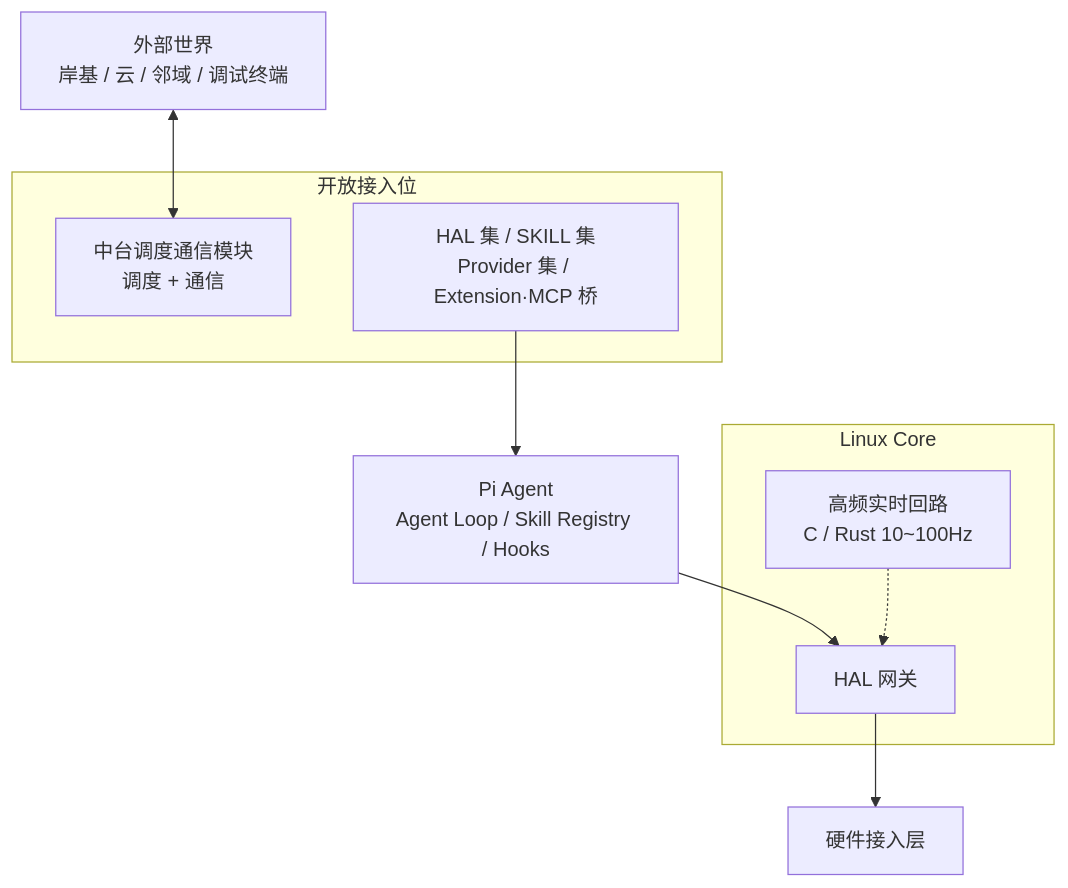
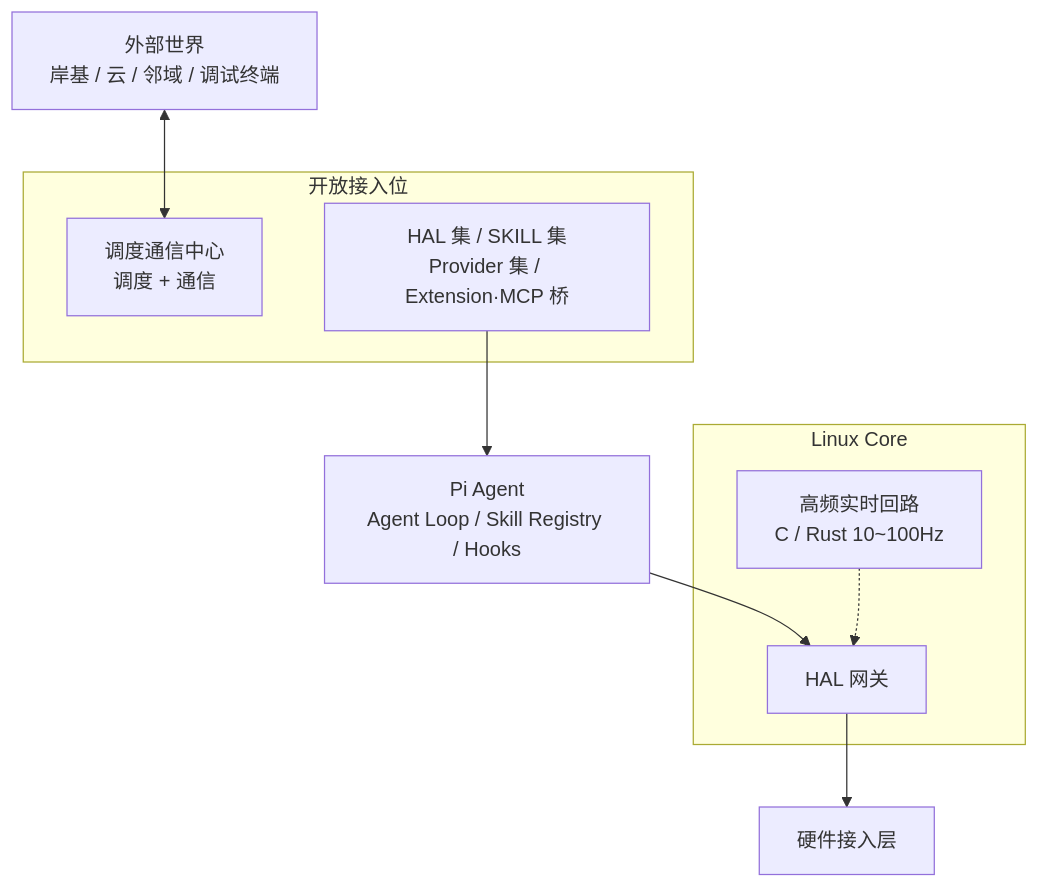
The first of 2 diagrams in README.md (weizuxiao911/taihao), drawn with Mermaid before and after one commit. The commit also changed other lines of this file and 4 other files, not shown here.

Commit message:
docs: 术语定案同步(调度通信中心/pi-mono 内核/SKILL 兼容)+HTML mermaid 打印样式

````diff
--- a/README.md
+++ b/README.md
@@ -31,24 +31,24 @@
 ```mermaid
 flowchart TB
     EXT["外部世界<br/>岸基 / 云 / 邻域 / 调试终端"]
 
     subgraph ACC["开放接入位"]
-        CM["中台调度通信模块<br/>调度 + 通信"]
+        CM["调度通信中心<br/>调度 + 通信"]
         SLOT["HAL 集 / SKILL 集<br/>Provider 集 / Extension·MCP 桥"]
     end
 
     PI["Pi Agent<br/>Agent Loop / Skill Registry / Hooks"]
 
     subgraph CORE["Linux Core"]
         HG["HAL 网关"]
         RT["高频实时回路<br/>C / Rust 10~100Hz"]
     end
 
     HW["硬件接入层"]
 
     EXT <--> CM
     SLOT --> PI
     PI --> HG
     HG --> HW
     RT -.-> HG
 ```
````
